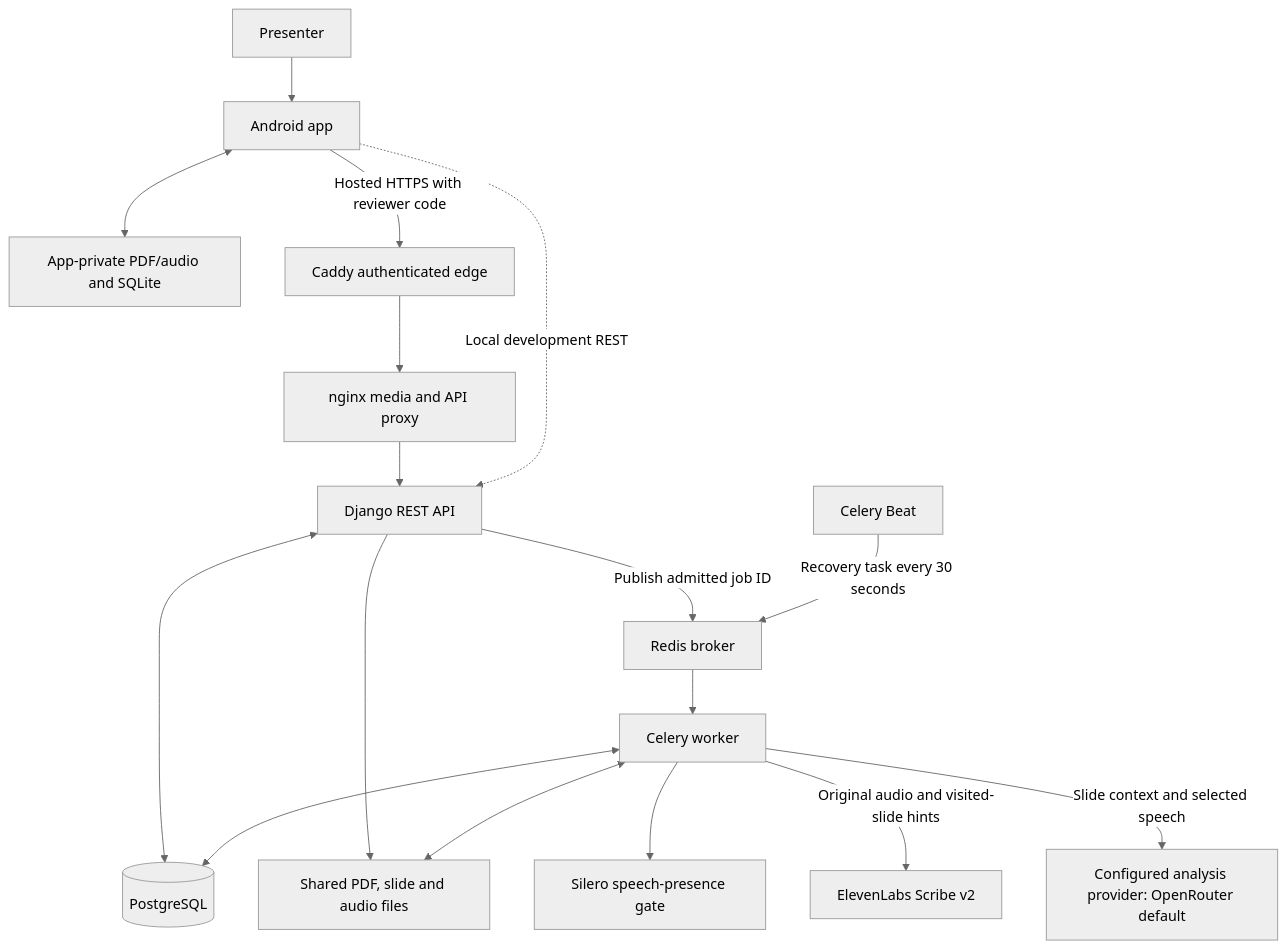
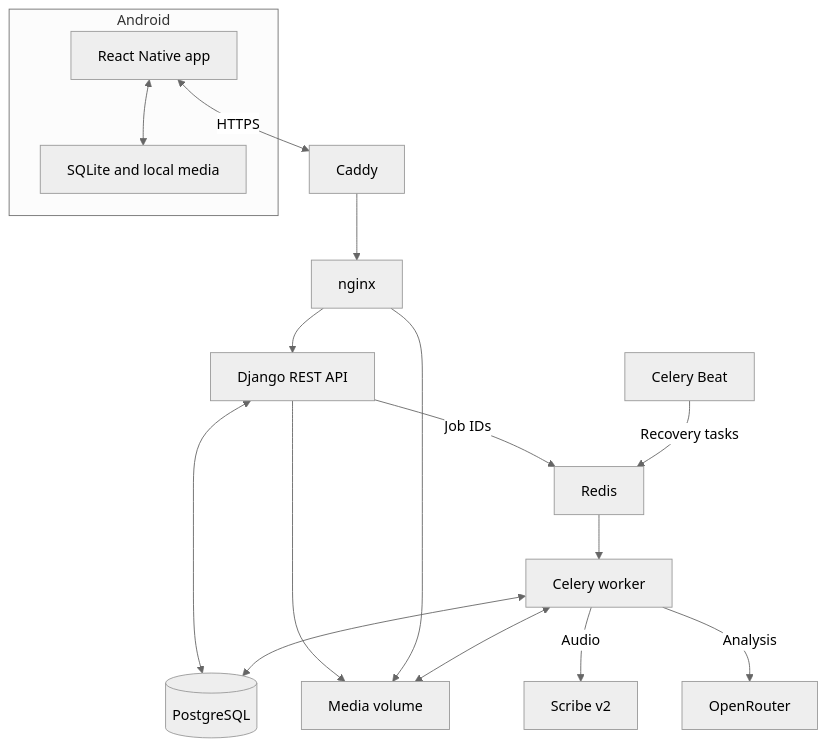
The first of 4 diagrams in docs/design/design-documentation.md (snuhcs-course/swpp-2026-project-team-07), drawn with Mermaid (neutral theme) before and after one commit. The commit also changed other lines of this file and 1 other file, not shown here.

````diff
--- a/docs/design/design-documentation.md
+++ b/docs/design/design-documentation.md
@@ -30,19 +24,19 @@
 ```mermaid
-flowchart TD
-    Presenter[Presenter] --> App[Android app]
-    App <--> Local[App-private PDF/audio and SQLite]
-    App -->|Hosted HTTPS with reviewer code| Edge[Caddy authenticated edge]
-    Edge --> Proxy[nginx media and API proxy]
+flowchart TB
+    subgraph Android
+        App[React Native app] <--> Local[SQLite and local media]
+    end
+    App <-->|HTTPS| Edge[Caddy]
+    Edge --> Proxy[nginx]
     Proxy --> API[Django REST API]
-    App -.->|Local development REST| API
     API <--> DB[(PostgreSQL)]
-    API --> Media[Shared PDF, slide and audio files]
-    API -->|Publish admitted job ID| Redis[Redis broker]
-    Redis --> Worker[Celery worker]
-    Beat[Celery Beat] -->|Recovery task every 30 seconds| Redis
+    API --> Media[Media volume]
+    Proxy --> Media
+    API -->|Job IDs| Queue[Redis]
+    Beat[Celery Beat] -->|Recovery tasks| Queue
+    Queue --> Worker[Celery worker]
     Worker <--> DB
     Worker <--> Media
-    Worker --> VAD[Silero speech-presence gate]
-    Worker -->|Original audio and visited-slide hints| Scribe[ElevenLabs Scribe v2]
-    Worker -->|Slide context and selected speech| Analysis[Configured analysis provider: OpenRouter default]
+    Worker -->|Audio| Scribe[Scribe v2]
+    Worker -->|Analysis| LLM[OpenRouter]
 ```
````
